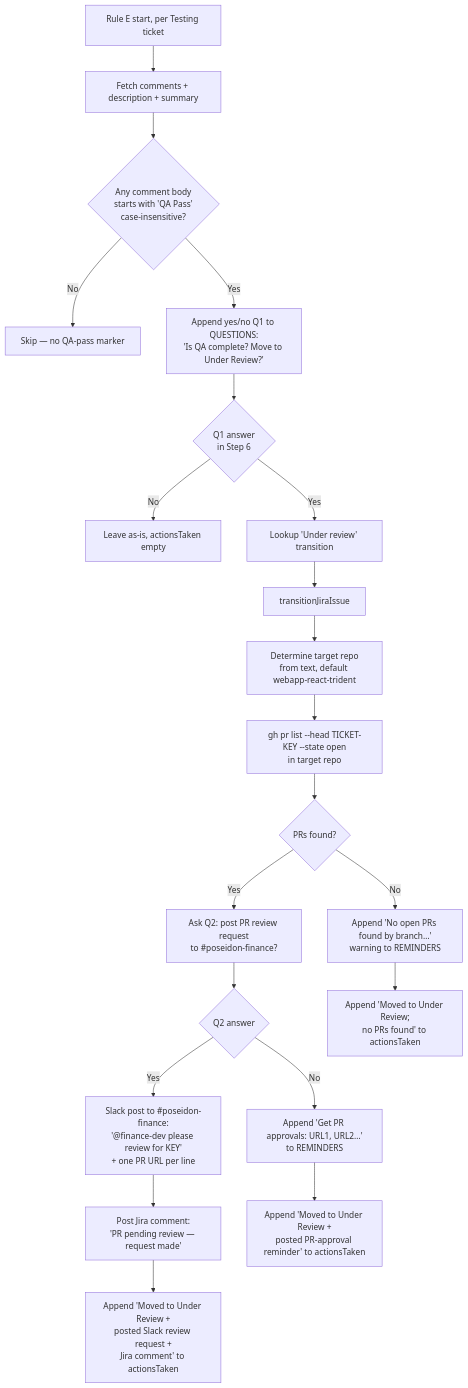
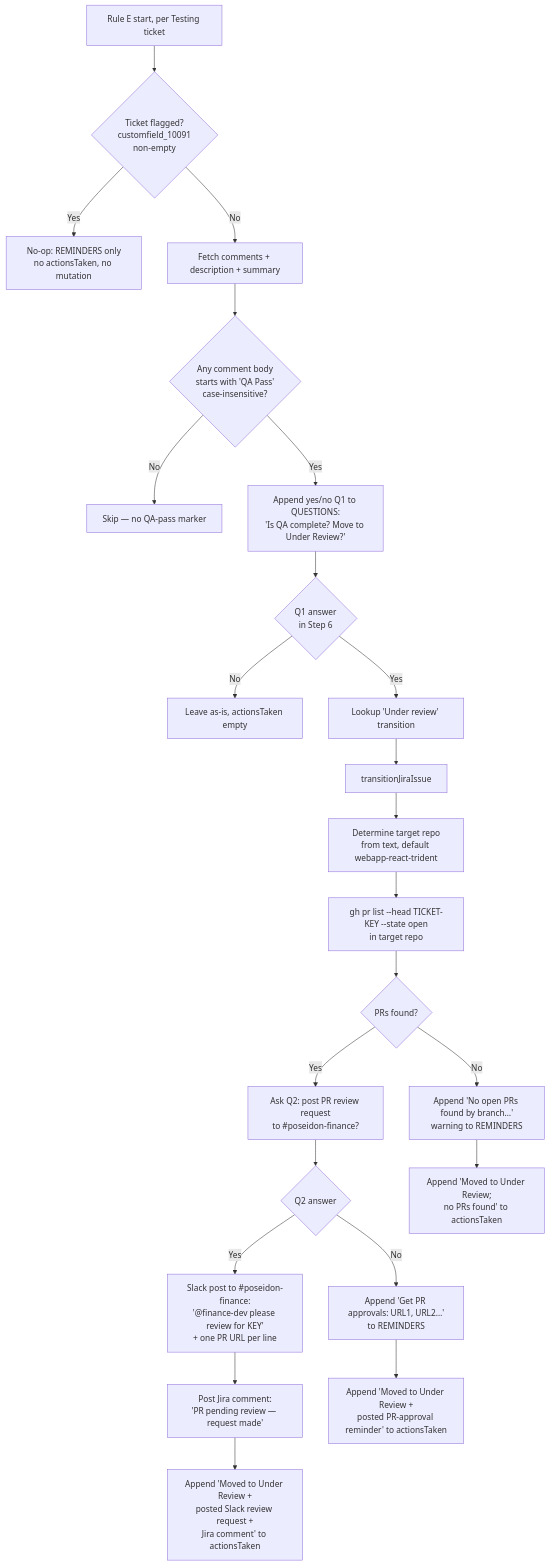
Before and after one commit to fabiano001/claude-config: the sixth of 7 diagrams in skills/jira-sprint-manager/SKILL.md, drawn with Mermaid. The commit also changed other lines of this file and 374 other files, not shown here.

````diff
--- a/skills/jira-sprint-manager/SKILL.md
+++ b/skills/jira-sprint-manager/SKILL.md
@@ -392,23 +420,25 @@
 ```mermaid
 flowchart TD
-    A[Rule E start, per Testing ticket] --> B[Fetch comments + description + summary]
+    A[Rule E start, per Testing ticket] --> FLAG{Ticket flagged?<br/>customfield_10091<br/>non-empty}
+    FLAG -->|Yes| FSKIP[No-op: REMINDERS only<br/>no actionsTaken, no mutation]
+    FLAG -->|No| B[Fetch comments + description + summary]
     B --> C{Any comment body<br/>starts with 'QA Pass'<br/>case-insensitive?}
     C -->|No| Z[Skip — no QA-pass marker]
     C -->|Yes| D[Append yes/no Q1 to QUESTIONS:<br/>'Is QA complete? Move to Under Review?']
     D --> E1{Q1 answer<br/>in Step 6}
     E1 -->|No| F[Leave as-is, actionsTaken empty]
     E1 -->|Yes| G[Lookup 'Under review' transition]
     G --> H[transitionJiraIssue]
     H --> I[Determine target repo<br/>from text, default webapp-react-trident]
     I --> J[gh pr list --head TICKET-KEY --state open<br/>in target repo]
     J --> K{PRs found?}
     K -->|No| M[Append 'No open PRs found by branch…'<br/>warning to REMINDERS]
     K -->|Yes| Q2[Ask Q2: post PR review request<br/>to #poseidon-finance?]
     Q2 --> E2{Q2 answer}
     E2 -->|Yes| S[Slack post to #poseidon-finance:<br/>'@finance-dev please review for KEY'<br/>+ one PR URL per line]
     S --> JC[Post Jira comment:<br/>'PR pending review — request made']
     JC --> N1[Append 'Moved to Under Review +<br/>posted Slack review request +<br/>Jira comment' to actionsTaken]
     E2 -->|No| L[Append 'Get PR approvals: URL1, URL2…'<br/>to REMINDERS]
     L --> N2[Append 'Moved to Under Review +<br/>posted PR-approval reminder' to actionsTaken]
     M --> N3[Append 'Moved to Under Review;<br/>no PRs found' to actionsTaken]
 ```
````
